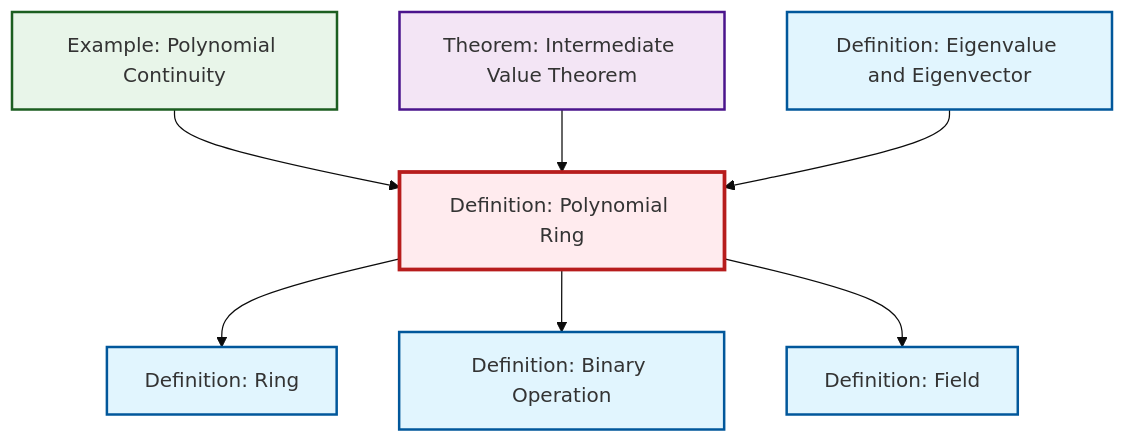
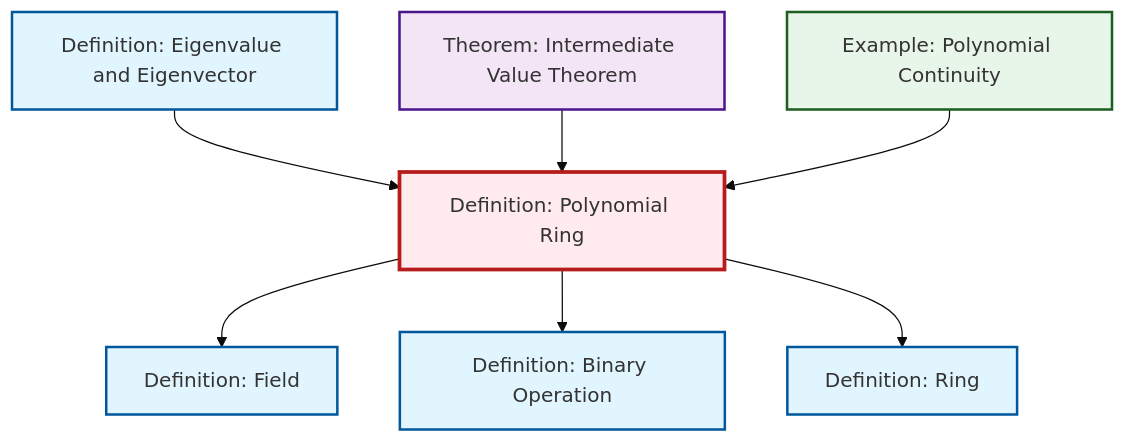
The diagram in content/en/algebra/def-polynomial-ring.qmd (RK0429/ModernMath), drawn with Mermaid (base theme) before and after one commit. The commit also changed other lines of this file and 531 other files, not shown here.

````diff
--- a/content/en/algebra/def-polynomial-ring.qmd
+++ b/content/en/algebra/def-polynomial-ring.qmd
@@ -93,29 +93,29 @@
 ```{mermaid}
 %%| fig-cap: "Local dependency graph"
 graph TD
     classDef definition fill:#e1f5fe,stroke:#01579b,stroke-width:2px
     classDef theorem fill:#f3e5f5,stroke:#4a148c,stroke-width:2px
     classDef axiom fill:#fff3e0,stroke:#e65100,stroke-width:2px
     classDef example fill:#e8f5e9,stroke:#1b5e20,stroke-width:2px
     classDef current fill:#ffebee,stroke:#b71c1c,stroke-width:3px
     def-field["Definition: Field"]:::definition
+    ex-polynomial-continuity["Example: Polynomial Continuity"]:::example
     def-eigenvalue-eigenvector["Definition: Eigenvalue and Eigenvector"]:::definition
-    thm-intermediate-value["Theorem: Intermediate Value Theorem"]:::theorem
     def-binary-operation["Definition: Binary Operation"]:::definition
     def-ring["Definition: Ring"]:::definition
-    ex-polynomial-continuity["Example: Polynomial Continuity"]:::example
+    thm-intermediate-value["Theorem: Intermediate Value Theorem"]:::theorem
     def-polynomial-ring["Definition: Polynomial Ring"]:::definition
+    def-eigenvalue-eigenvector --> def-polynomial-ring
+    thm-intermediate-value --> def-polynomial-ring
+    def-polynomial-ring --> def-field
+    def-polynomial-ring --> def-binary-operation
+    def-polynomial-ring --> def-ring
     ex-polynomial-continuity --> def-polynomial-ring
-    def-polynomial-ring --> def-ring
-    def-polynomial-ring --> def-binary-operation
-    def-polynomial-ring --> def-field
-    thm-intermediate-value --> def-polynomial-ring
-    def-eigenvalue-eigenvector --> def-polynomial-ring
     class def-polynomial-ring current
     click def-field "def-field.html" "Go to Field definition"
+    click ex-polynomial-continuity "ex-polynomial-continuity.html" "Go to Polynomial Continuity example"
     click def-eigenvalue-eigenvector "def-eigenvalue-eigenvector.html" "Go to Eigenvalue and Eigenvector definition"
-    click thm-intermediate-value "thm-intermediate-value.html" "Go to Intermediate Value Theorem theorem"
     click def-binary-operation "def-binary-operation.html" "Go to Binary Operation definition"
     click def-ring "def-ring.html" "Go to Ring definition"
-    click ex-polynomial-continuity "ex-polynomial-continuity.html" "Go to Polynomial Continuity example"
+    click thm-intermediate-value "thm-intermediate-value.html" "Go to Intermediate Value Theorem theorem"
 ```
````
